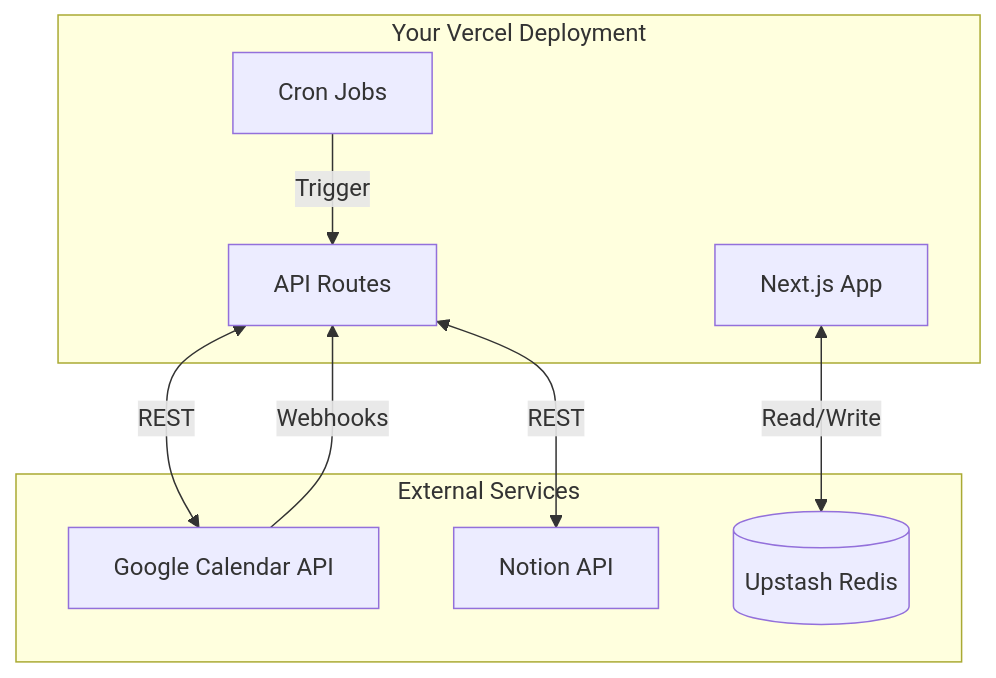
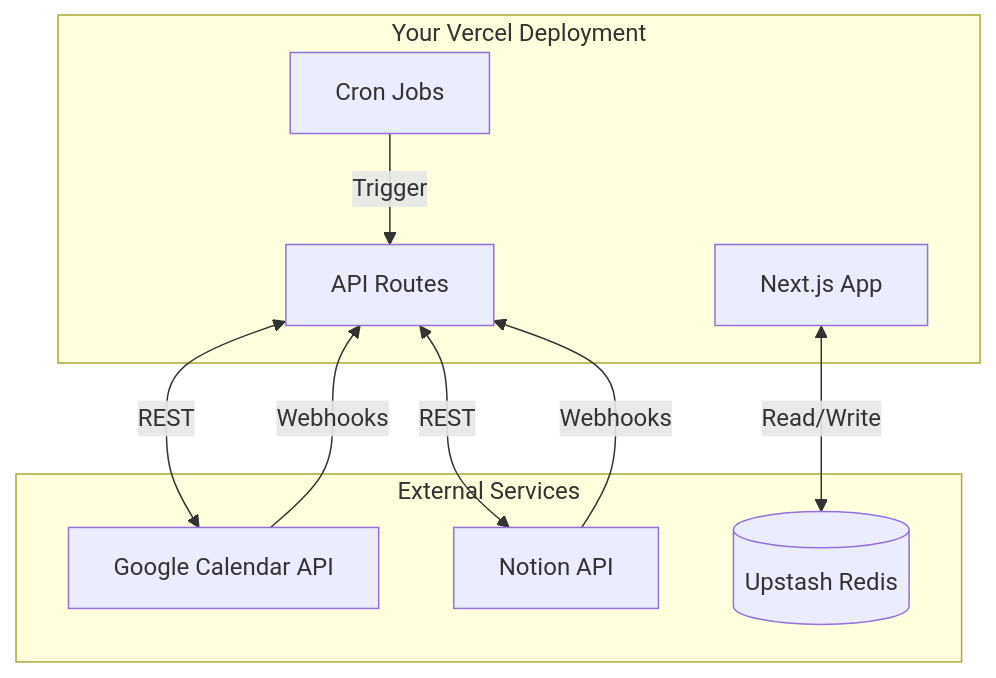
Before and after one commit to mcsdevv/while: the first of 6 diagrams in apps/web/content/docs/architecture.mdx, drawn with Mermaid. The commit also changed other lines of this file, not shown here.

First line of the commit message:
docs(architecture): update to reflect Notion webhooks

````diff
--- a/apps/web/content/docs/architecture.mdx
+++ b/apps/web/content/docs/architecture.mdx
@@ -12,20 +12,21 @@
 ```mermaid
 graph TB
     subgraph "Your Vercel Deployment"
         App[Next.js App]
         API[API Routes]
         Cron[Cron Jobs]
     end
 
     subgraph "External Services"
         GCal[Google Calendar API]
         Notion[Notion API]
         Redis[(Upstash Redis)]
     end
 
     GCal -->|Webhooks| API
     API <-->|REST| GCal
+    Notion -->|Webhooks| API
     API <-->|REST| Notion
     App <-->|Read/Write| Redis
     Cron -->|Trigger| API
 ```
````
